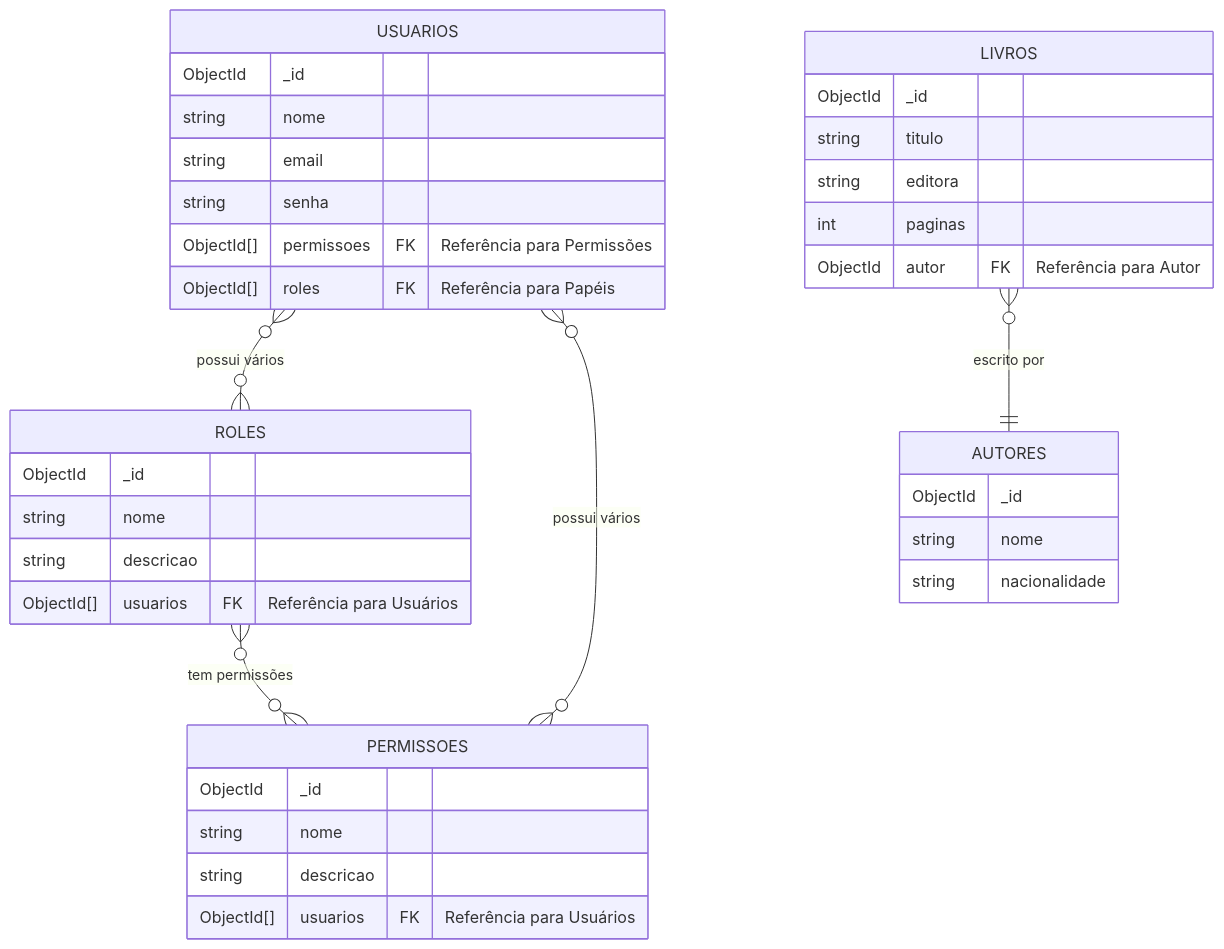
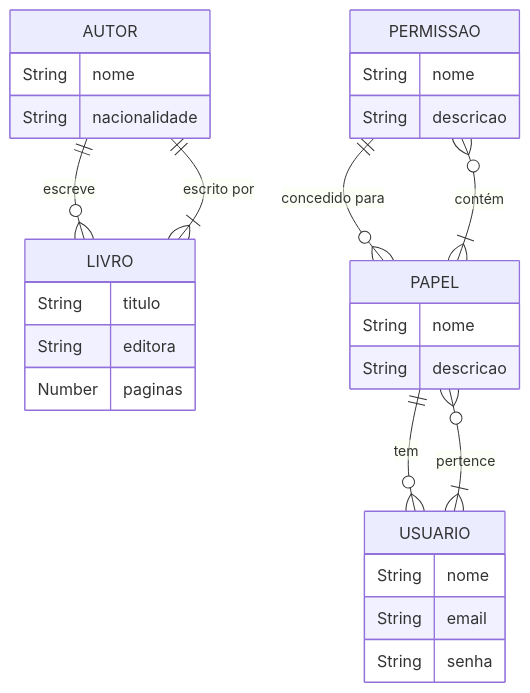
One commit to thallyta-castro-cv/bookstore-api changed the diagram in README.md. Above: the diagram before and after it, drawn with Mermaid. The commit also changed other lines of this file and 4 other files, not shown here.

````diff
--- a/README.md
+++ b/README.md
@@ -29,46 +54,33 @@
 ```mermaid
 erDiagram
-    USUARIOS {
-        ObjectId _id
-        string nome
-        string email
-        string senha
-        ObjectId[] permissoes FK "Referência para Permissões"
-        ObjectId[] roles FK "Referência para Papéis"
+    AUTOR {
+      String nome
+      String nacionalidade
     }
-    
-    ROLES {
-        ObjectId _id
-        string nome
-        string descricao
-        ObjectId[] usuarios FK "Referência para Usuários"
+    LIVRO {
+      String titulo
+      String editora
+      Number paginas
     }
-    
-    PERMISSOES {
-        ObjectId _id
-        string nome
-        string descricao
-        ObjectId[] usuarios FK "Referência para Usuários"
+    PERMISSAO {
+      String nome
+      String descricao
     }
-    
-    AUTORES {
-        ObjectId _id
-        string nome
-        string nacionalidade
+    PAPEL {
+      String nome
+      String descricao
+    }
+    USUARIO {
+      String nome
+      String email
+      String senha
     }
 
-    LIVROS {
-        ObjectId _id
-        string titulo
-        string editora
-        int paginas
-        ObjectId autor FK "Referência para Autor"
-    }
+    AUTOR ||--o{ LIVRO : escreve
+    LIVRO }|--|| AUTOR : "escrito por"
+    PAPEL ||--o{ USUARIO : "tem"
+    USUARIO }|--o{ PAPEL : "pertence"
+    PERMISSAO ||--o{ PAPEL : "concedido para"
+    PAPEL }|--o{ PERMISSAO : "contém"
 
-    %% Definindo os relacionamentos entre as coleções
-
-    USUARIOS }o--o{ ROLES : "possui vários"
-    USUARIOS }o--o{ PERMISSOES : "possui vários"
-    ROLES }o--o{ PERMISSOES : "tem permissões"
-    LIVROS }o--|| AUTORES : "escrito por"
 ```
````
